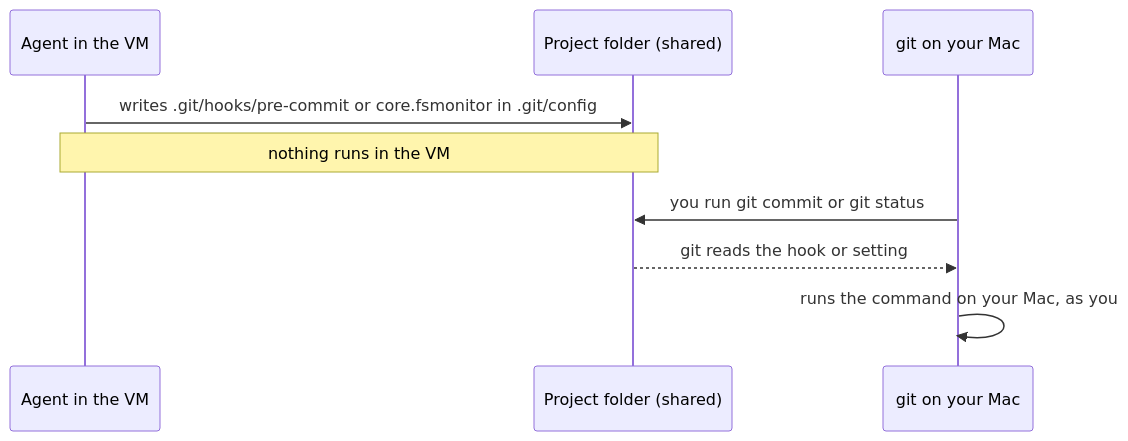
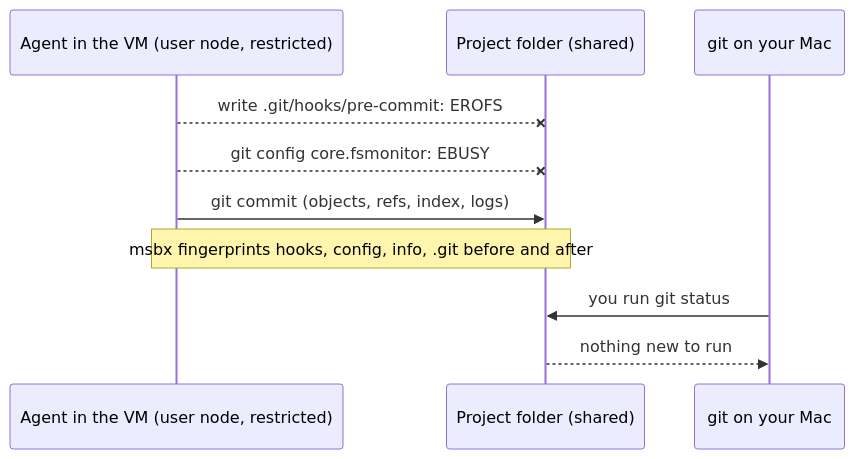
Before and after one commit to finngi/msbx: the diagram in docs/src/rfcs/0001-git-safety.md, drawn with Mermaid. The commit also changed other lines of this file and 28 other files, not shown here.

````diff
--- a/docs/src/rfcs/0001-git-safety.md
+++ b/docs/src/rfcs/0001-git-safety.md
@@ -32,11 +52,12 @@
 ```mermaid
 sequenceDiagram
-    participant A as Agent in the VM
+    participant A as Agent in the VM (user node, restricted)
     participant P as Project folder (shared)
     participant G as git on your Mac
-    A->>P: writes .git/hooks/pre-commit or core.fsmonitor in .git/config
-    Note over A,P: nothing runs in the VM
-    G->>P: you run git commit or git status
-    P-->>G: git reads the hook or setting
-    G->>G: runs the command on your Mac, as you
+    A--xP: write .git/hooks/pre-commit: EROFS
+    A--xP: git config core.fsmonitor: EBUSY
+    A->>P: git commit (objects, refs, index, logs)
+    Note over A,P: msbx fingerprints hooks, config, info, .git before and after
+    G->>P: you run git status
+    P-->>G: nothing new to run
 ```
````
